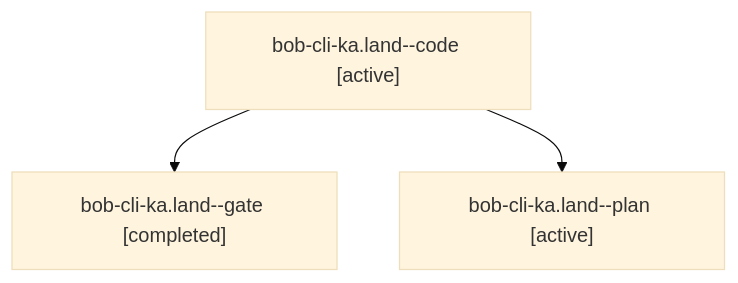
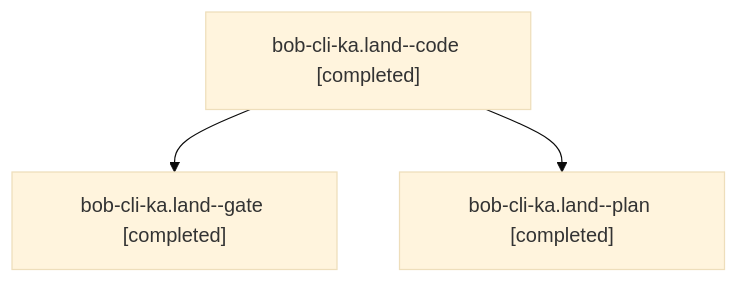
The diagram in sessions/bbugyi200.athena.bob-cli-ka.land.md (bobs-org/bob-cli--agents), drawn with Mermaid (base theme) before and after one commit. The commit also changed other lines of this file and 39 other files, not shown here.

````diff
--- a/sessions/bbugyi200.athena.bob-cli-ka.land.md
+++ b/sessions/bbugyi200.athena.bob-cli-ka.land.md
@@ -9,8 +9,8 @@
 ```mermaid
 flowchart TD
-  n0["bob-cli-ka.land--code [active]"]
+  n0["bob-cli-ka.land--code [completed]"]
   n1["bob-cli-ka.land--gate [completed]"]
   n0 --> n1
-  n2["bob-cli-ka.land--plan [active]"]
+  n2["bob-cli-ka.land--plan [completed]"]
   n0 --> n2
 ```
````
